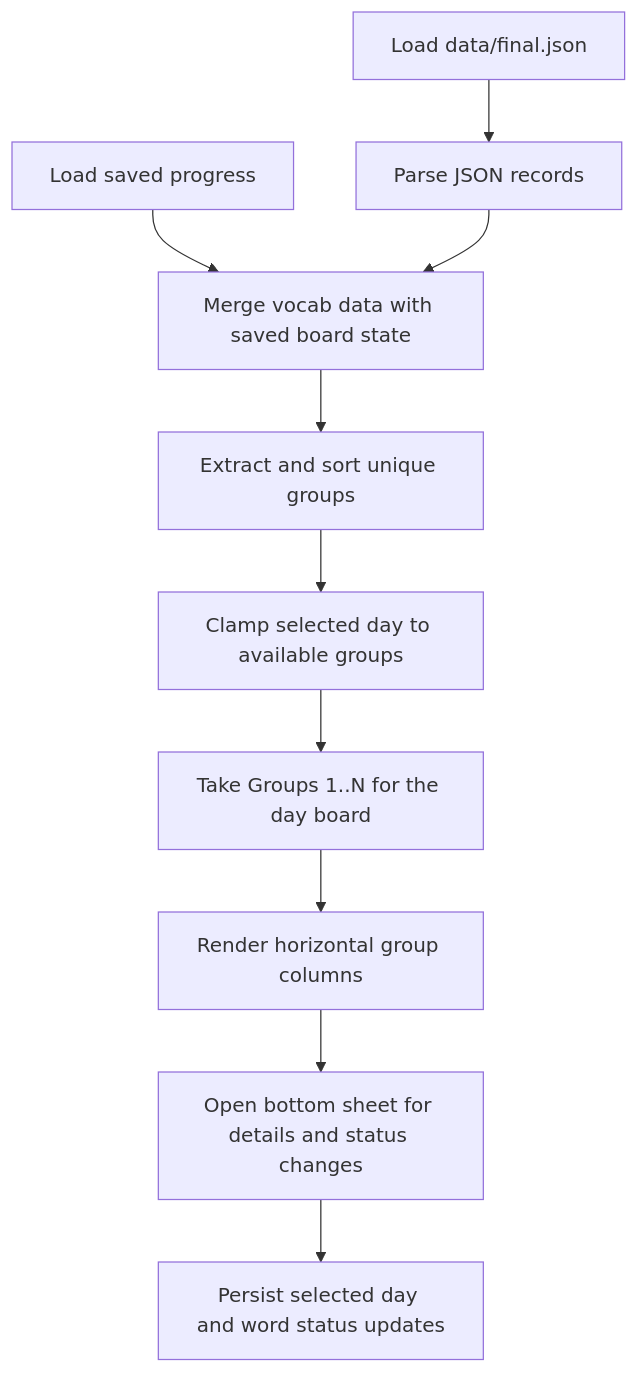
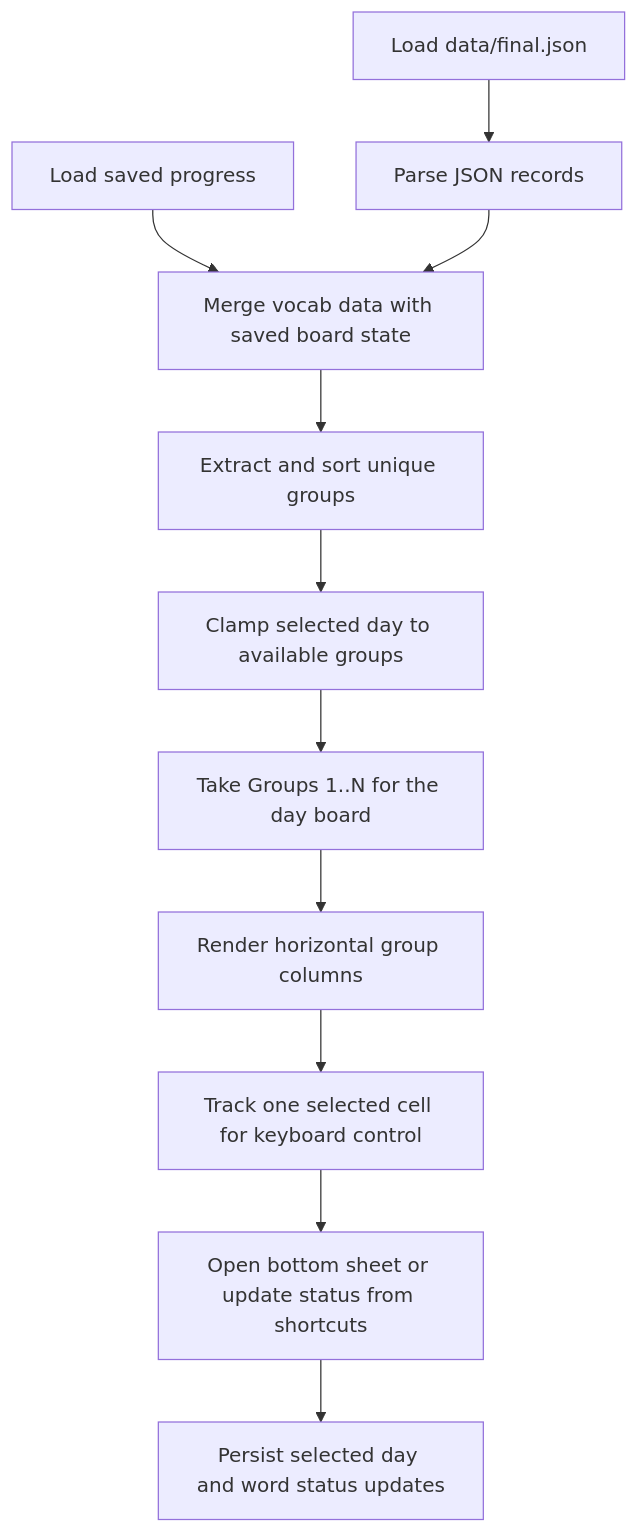
One commit to desertSniper87/vocab-hill changed the diagram in docs/4-algorithms/README.md. Above: the diagram before and after it, drawn with Mermaid. The commit also changed other lines of this file and 3 other files, not shown here.

````diff
--- a/docs/4-algorithms/README.md
+++ b/docs/4-algorithms/README.md
@@ -7,12 +7,13 @@
 ```mermaid
 flowchart TD
     A["Load data/final.json"] --> B["Parse JSON records"]
     P["Load saved progress"] --> C["Merge vocab data with saved board state"]
     B --> C
     C --> D["Extract and sort unique groups"]
     D --> E["Clamp selected day to available groups"]
     E --> F["Take Groups 1..N for the day board"]
     F --> G["Render horizontal group columns"]
-    G --> H["Open bottom sheet for details and status changes"]
-    H --> I["Persist selected day and word status updates"]
+    G --> H["Track one selected cell for keyboard control"]
+    H --> I["Open bottom sheet or update status from shortcuts"]
+    I --> J["Persist selected day and word status updates"]
 ```
````
